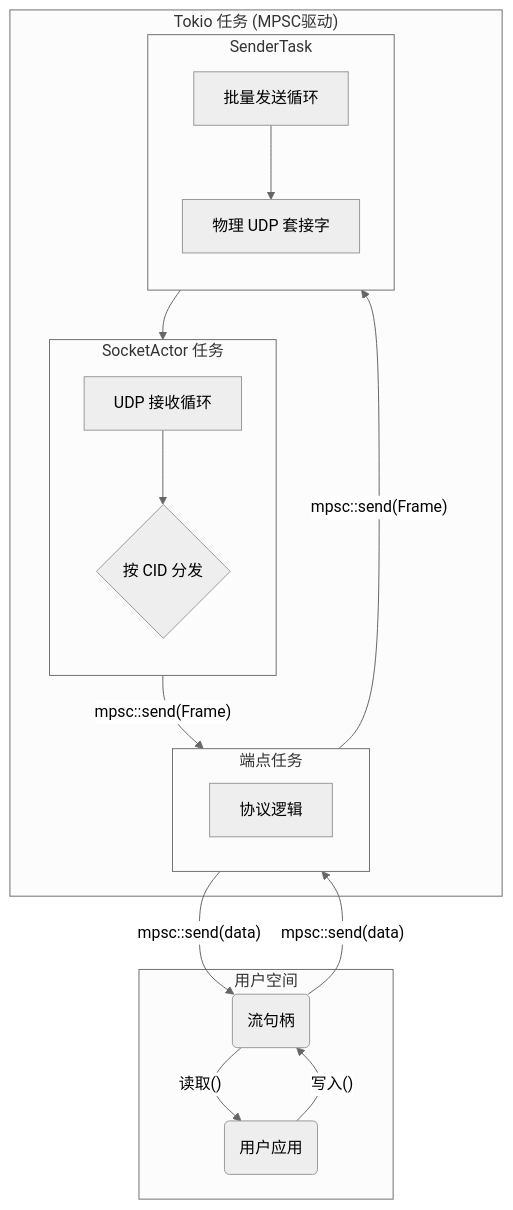
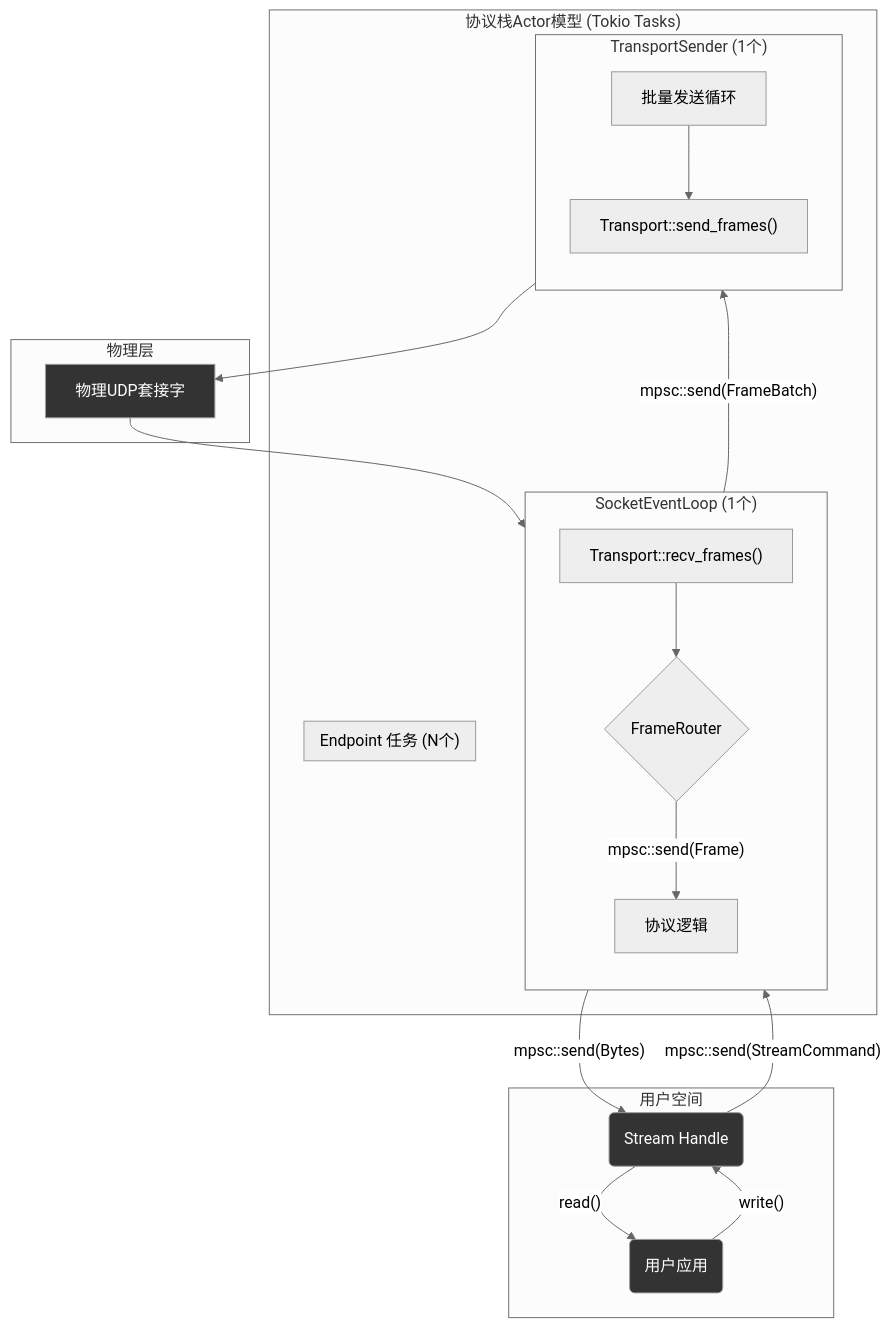
The diagram in docs/src/features/03-concurrency/01-mpsc-concurrency-model.md (ShaoG-R/kestrel-protocol), drawn with Mermaid (neutral theme) before and after one commit. The commit also changed other lines of this file and 4 other files, not shown here.

````diff
--- a/docs/src/features/03-concurrency/01-mpsc-concurrency-model.md
+++ b/docs/src/features/03-concurrency/01-mpsc-concurrency-model.md
@@ -28,31 +31,40 @@
 ```mermaid
 graph TD
     subgraph "用户空间"
-        U(用户应用) -- "写入()" --> S(流句柄)
-        S -- "读取()" --> U
+        U(用户应用) -- "write()" --> S(Stream Handle)
+        S -- "read()" --> U
     end
 
-    subgraph "Tokio 任务 (MPSC驱动)"
-        subgraph "端点任务"
-            direction LR
-            E_Logic[协议逻辑]
+    subgraph "协议栈Actor模型 (Tokio Tasks)"
+        subgraph "SocketEventLoop (1个)"
+            direction TB
+            RECV_LOOP["Transport::recv_frames()"] --> ROUTER{"FrameRouter"}
+            ROUTER -- "mpsc::send(Frame)" --> E_LOGIC
         end
         
-        subgraph "SocketActor 任务"
-            direction TB
-            SA_Recv[UDP 接收循环] --> SA_Dispatch{按 CID 分发}
+        subgraph "Endpoint 任务 (N个)"
+            direction LR
+            E_LOGIC[协议逻辑]
         end
         
-        subgraph "SenderTask"
+        subgraph "TransportSender (1个)"
             direction TB
-            ST_Send[批量发送循环] --> UDP_Socket[物理 UDP 套接字]
+            SEND_TASK[批量发送循环] --> TRANSPORT_SEND["Transport::send_frames()"]
         end
-        
-        SA_Dispatch -- "mpsc::send(Frame)" --> E_Logic
-        S -- "mpsc::send(data)" --> E_Logic
-        E_Logic -- "mpsc::send(Frame)" --> ST_Send
-        E_Logic -- "mpsc::send(data)" --> S
+
+        S -- "mpsc::send(StreamCommand)" --> E_LOGIC
+        E_LOGIC -- "mpsc::send(FrameBatch)" --> SEND_TASK
+        E_LOGIC -- "mpsc::send(Bytes)" --> S
     end
     
-    UDP_Socket --> SA_Recv
+    subgraph "物理层"
+        UDP_SOCKET[物理UDP套接字]
+    end
+
+    TRANSPORT_SEND --> UDP_SOCKET
+    UDP_SOCKET --> RECV_LOOP
+
+    style U fill:#333,color:#fff
+    style S fill:#333,color:#fff
+    style UDP_SOCKET fill:#333,color:#fff
 ```
````
